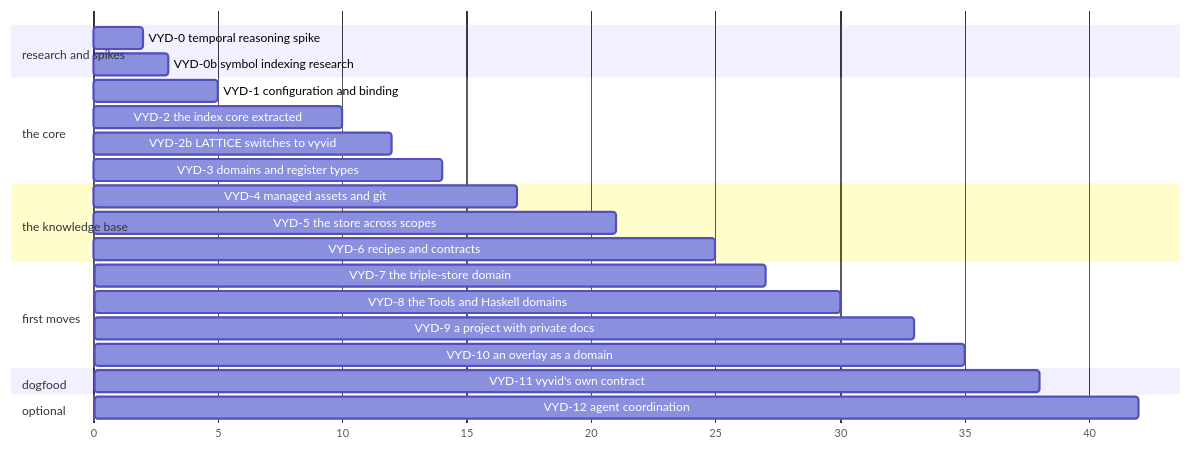
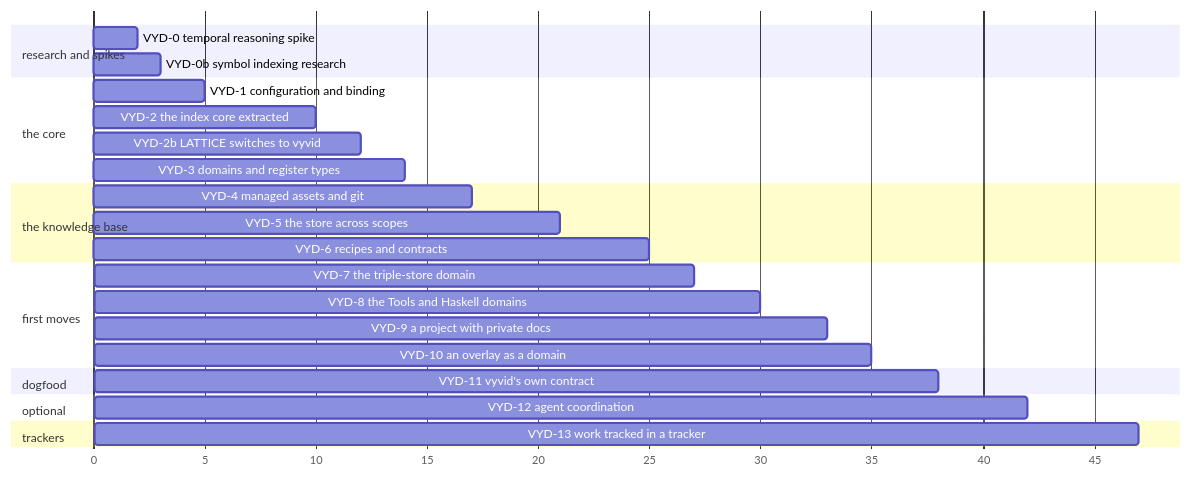
Before and after one commit to nebularis/vyvid: the diagram in docs/developer/plans/vyvid-framework.md, drawn with Mermaid. The commit also changed other lines of this file and 3 other files, not shown here.

First line of the commit message:
Work tracking answered, and planned last as VYD-13

````diff
--- a/docs/developer/plans/vyvid-framework.md
+++ b/docs/developer/plans/vyvid-framework.md
@@ -17,26 +17,28 @@
 ```mermaid
 gantt
   dateFormat X
   axisFormat %s
   section research and spikes
   VYD-0 temporal reasoning spike      :s0, 0, 2
   VYD-0b symbol indexing research     :s0b, 0, 3
   section the core
   VYD-1 configuration and binding     :s1, 2, 5
   VYD-2 the index core extracted      :s2, 5, 10
   VYD-2b LATTICE switches to vyvid    :s2b, 10, 12
   VYD-3 domains and register types    :s3, 10, 14
   section the knowledge base
   VYD-4 managed assets and git        :s4, 14, 17
   VYD-5 the store across scopes       :s5, 17, 21
   VYD-6 recipes and contracts         :s6, 21, 25
   section first moves
   VYD-7 the triple-store domain       :s7, 25, 27
   VYD-8 the Tools and Haskell domains :s8, 27, 30
   VYD-9 a project with private docs   :s9, 30, 33
   VYD-10 an overlay as a domain      :s10, 33, 35
   section dogfood
   VYD-11 vyvid's own contract         :s11, 35, 38
   section optional
   VYD-12 agent coordination           :s12, 38, 42
+  section trackers
+  VYD-13 work tracked in a tracker    :s13, 42, 47
 ```
````
